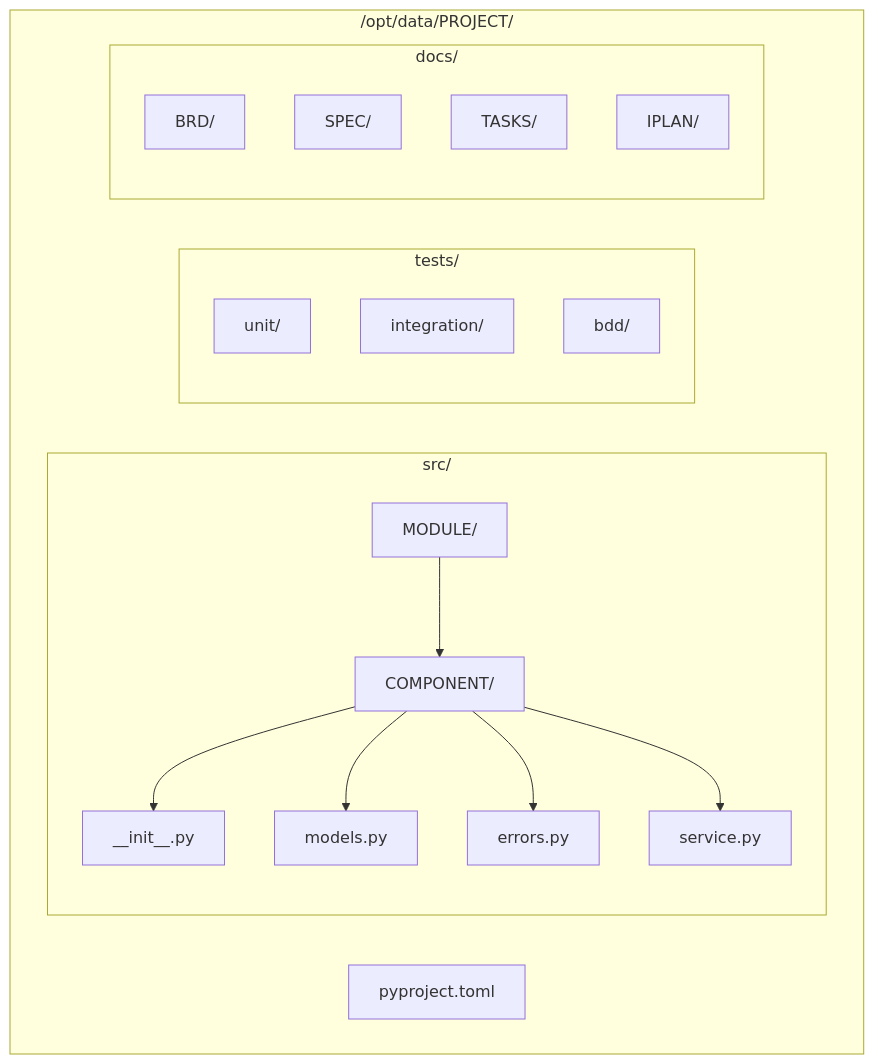
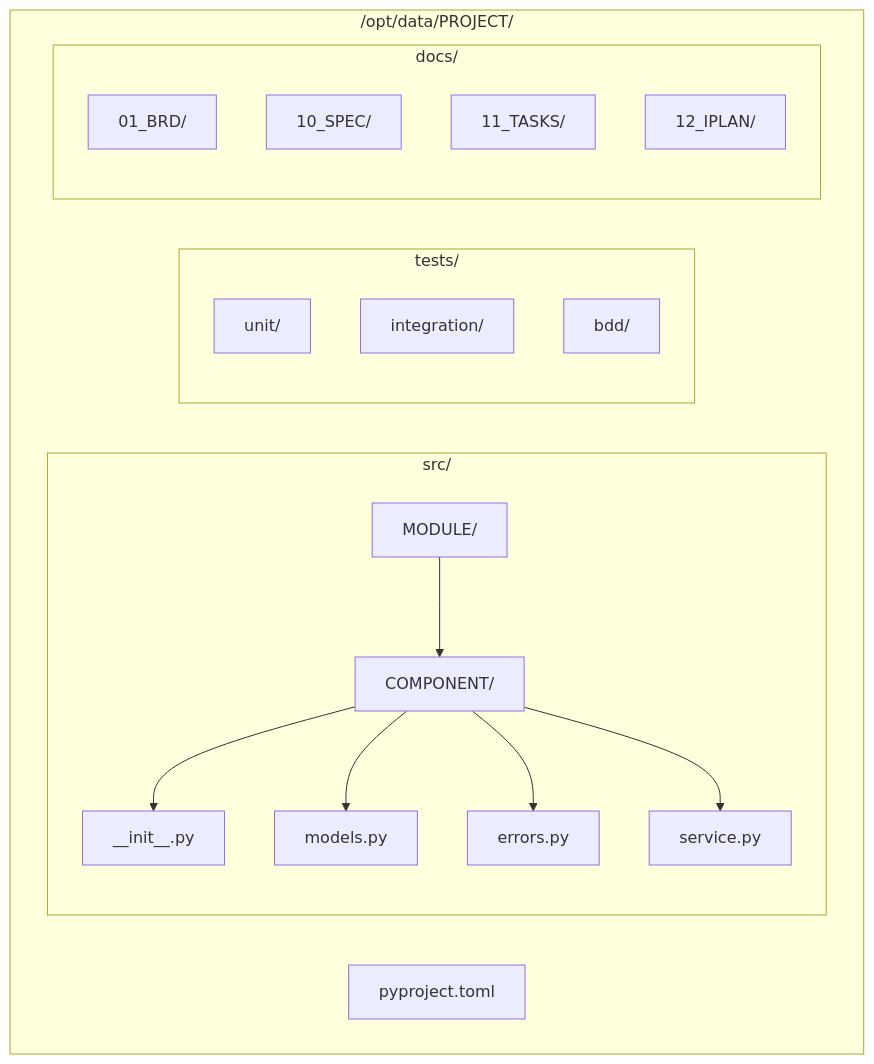
Before and after one commit to vladm3105/aidoc-flow-framework: the second of 2 diagrams in ai_dev_flow/12_IPLAN/README.md, drawn with Mermaid. The commit also changed other lines of this file and 56 other files, not shown here.

````diff
--- a/ai_dev_flow/12_IPLAN/README.md
+++ b/ai_dev_flow/12_IPLAN/README.md
@@ -1423,34 +1423,34 @@
 ```mermaid
 graph TB
     subgraph project["/opt/data/PROJECT/"]
         subgraph src["src/"]
             module["MODULE/"]
             component["COMPONENT/"]
             init["__init__.py"]
             models["models.py"]
             errors["errors.py"]
             service["service.py"]
         end
 
         subgraph tests["tests/"]
             unit["unit/"]
             integration["integration/"]
             bdd_tests["bdd/"]
         end
 
         subgraph docs["docs/"]
-            BRD["BRD/"]
-            SPEC["SPEC/"]
-            TASKS["TASKS/"]
-            IPLAN["IPLAN/"]
+            BRD["01_BRD/"]
+            SPEC["10_SPEC/"]
+            TASKS["11_TASKS/"]
+            IPLAN["12_IPLAN/"]
         end
 
         pyproject["pyproject.toml"]
     end
 
     module --> component
     component --> init
     component --> models
     component --> errors
     component --> service
 ```
````
